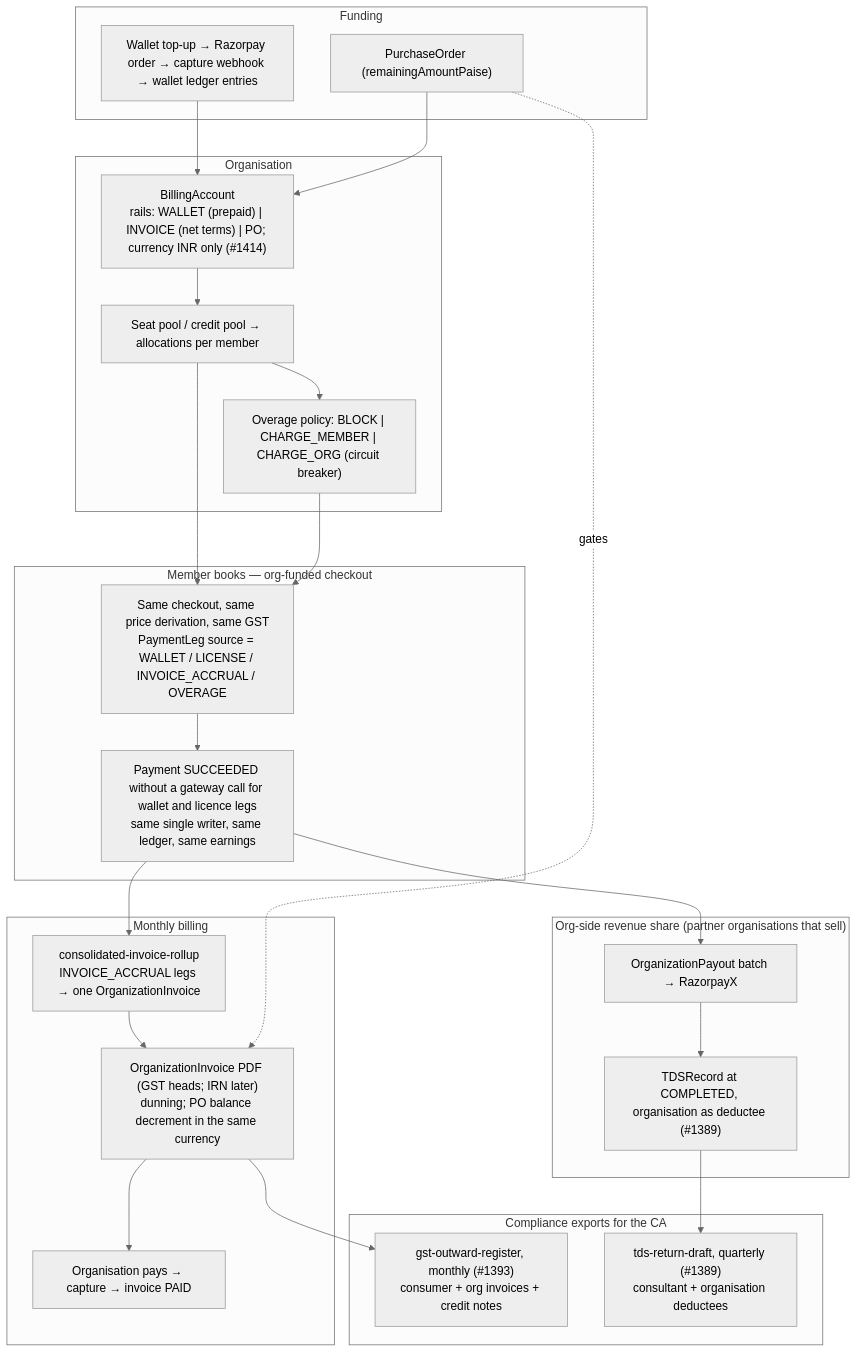
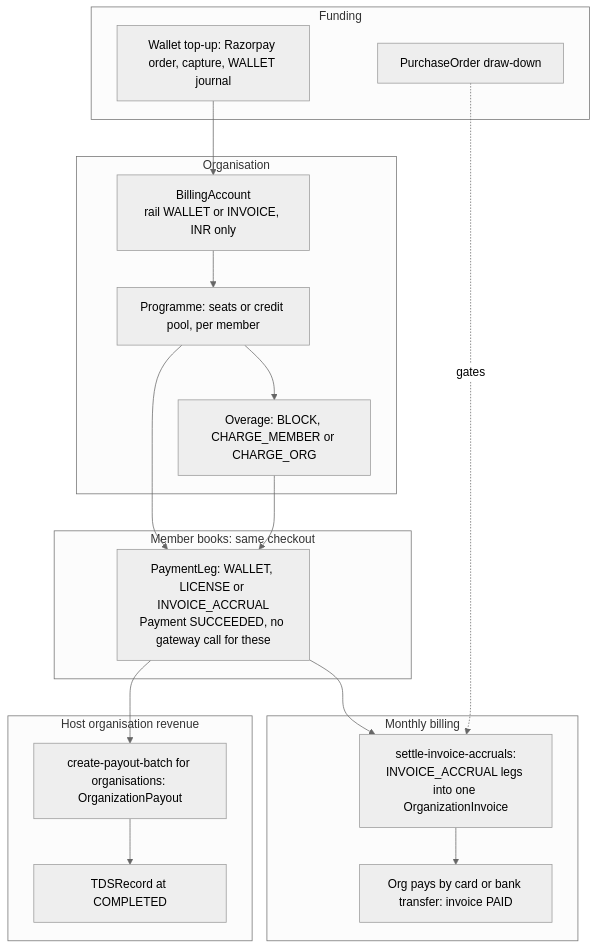
The third of 5 diagrams in docs/finance/00-overview/01-money-map.md (Practitionist/familiarise_web), drawn with Mermaid (neutral theme) before and after one commit. The commit also changed other lines of this file and 17 other files, not shown here.

First line of the commit message:
docs(finance): rewrite capture, ledger and refunds sections (package A)

````diff
--- a/docs/finance/00-overview/01-money-map.md
+++ b/docs/finance/00-overview/01-money-map.md
@@ -94,38 +86,30 @@
 ```mermaid
 flowchart TB
   subgraph Org["Organisation"]
-    BA["BillingAccount<br/>rails: WALLET (prepaid) | INVOICE (net terms) | PO; currency INR only (#1414)"]
-    POOL["Seat pool / credit pool → allocations per member"]
-    OVR["Overage policy: BLOCK | CHARGE_MEMBER | CHARGE_ORG (circuit breaker)"]
+    BA["BillingAccount<br/>rail WALLET or INVOICE, INR only"]
+    POOL["Programme: seats or credit pool, per member"]
+    OVR["Overage: BLOCK, CHARGE_MEMBER or CHARGE_ORG"]
   end
   subgraph Fund["Funding"]
-    TOP["Wallet top-up → Razorpay order → capture webhook → wallet ledger entries"]
-    PO["PurchaseOrder (remainingAmountPaise)"]
+    TOP["Wallet top-up: Razorpay order, capture, WALLET journal"]
+    PO["PurchaseOrder draw-down"]
   end
-  subgraph Book["Member books — org-funded checkout"]
-    MC["Same checkout, same price derivation, same GST<br/>PaymentLeg source = WALLET / LICENSE / INVOICE_ACCRUAL / OVERAGE"]
-    MP["Payment SUCCEEDED without a gateway call for wallet and licence legs<br/>same single writer, same ledger, same earnings"]
+  subgraph Book["Member books: same checkout"]
+    MC["PaymentLeg: WALLET, LICENSE or INVOICE_ACCRUAL<br/>Payment SUCCEEDED, no gateway call for these"]
   end
   subgraph Bill["Monthly billing"]
-    ROLL["consolidated-invoice-rollup<br/>INVOICE_ACCRUAL legs → one OrganizationInvoice"]
-    OINV["OrganizationInvoice PDF (GST heads; IRN later)<br/>dunning; PO balance decrement in the same currency"]
-    OPAY["Organisation pays → capture → invoice PAID"]
+    ROLL["settle-invoice-accruals:<br/>INVOICE_ACCRUAL legs into one OrganizationInvoice"]
+    OPAY["Org pays by card or bank transfer: invoice PAID"]
   end
-  subgraph OrgPayout["Org-side revenue share (partner organisations that sell)"]
-    OP["OrganizationPayout batch → RazorpayX"]
-    OT["TDSRecord at COMPLETED, organisation as deductee (#1389)"]
+  subgraph Host["Host organisation revenue"]
+    OP["create-payout-batch for organisations: OrganizationPayout"]
+    OT["TDSRecord at COMPLETED"]
   end
-  subgraph CA["Compliance exports for the CA"]
-    REG["gst-outward-register, monthly (#1393)<br/>consumer + org invoices + credit notes"]
-    TDS["tds-return-draft, quarterly (#1389)<br/>consultant + organisation deductees"]
-  end
+  TOP --> BA
   BA --> POOL --> OVR
-  TOP --> BA
-  PO --> BA
-  POOL --> MC --> MP
+  POOL --> MC
   OVR --> MC
-  MP --> ROLL --> OINV --> OPAY
-  PO -. "gates" .-> OINV
-  MP --> OP --> OT --> TDS
-  OINV --> REG
+  MC --> ROLL --> OPAY
+  PO -.->|"gates"| ROLL
+  MC --> OP --> OT
 ```
````
